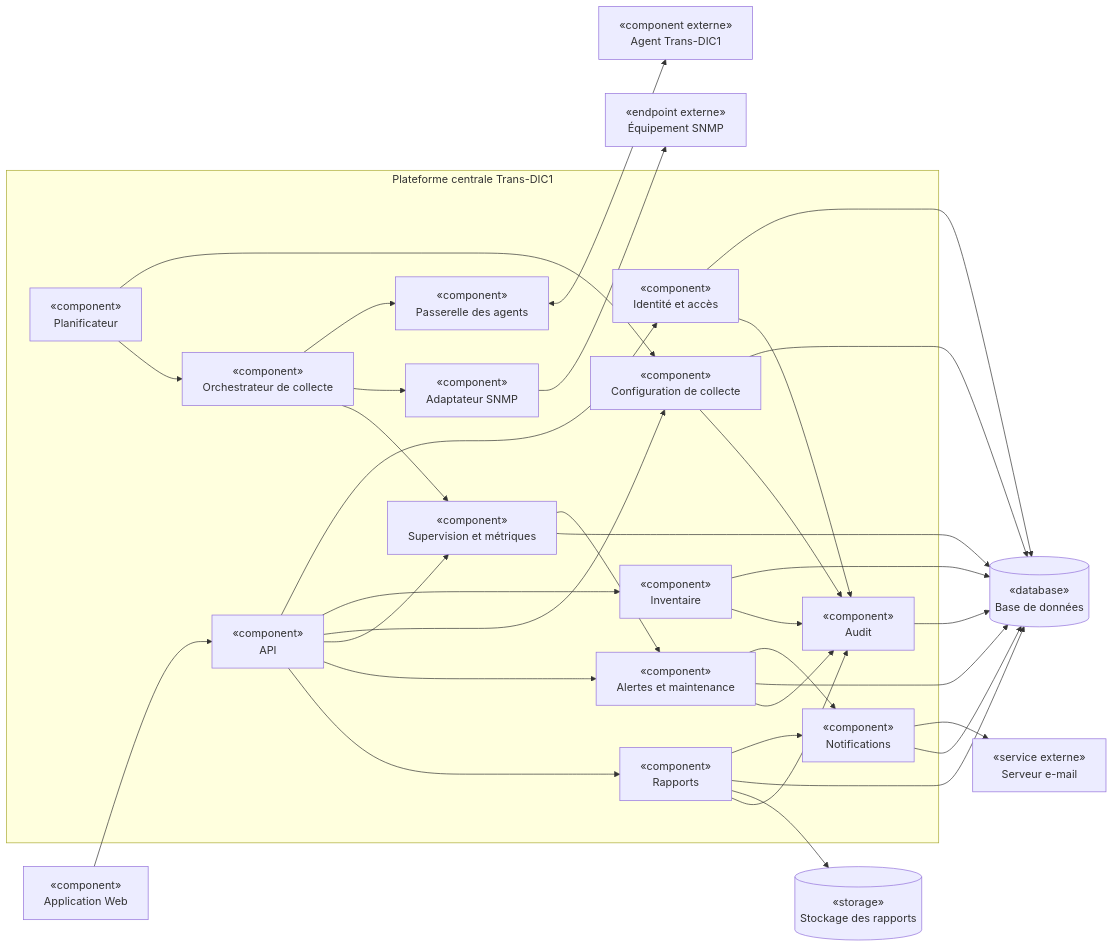
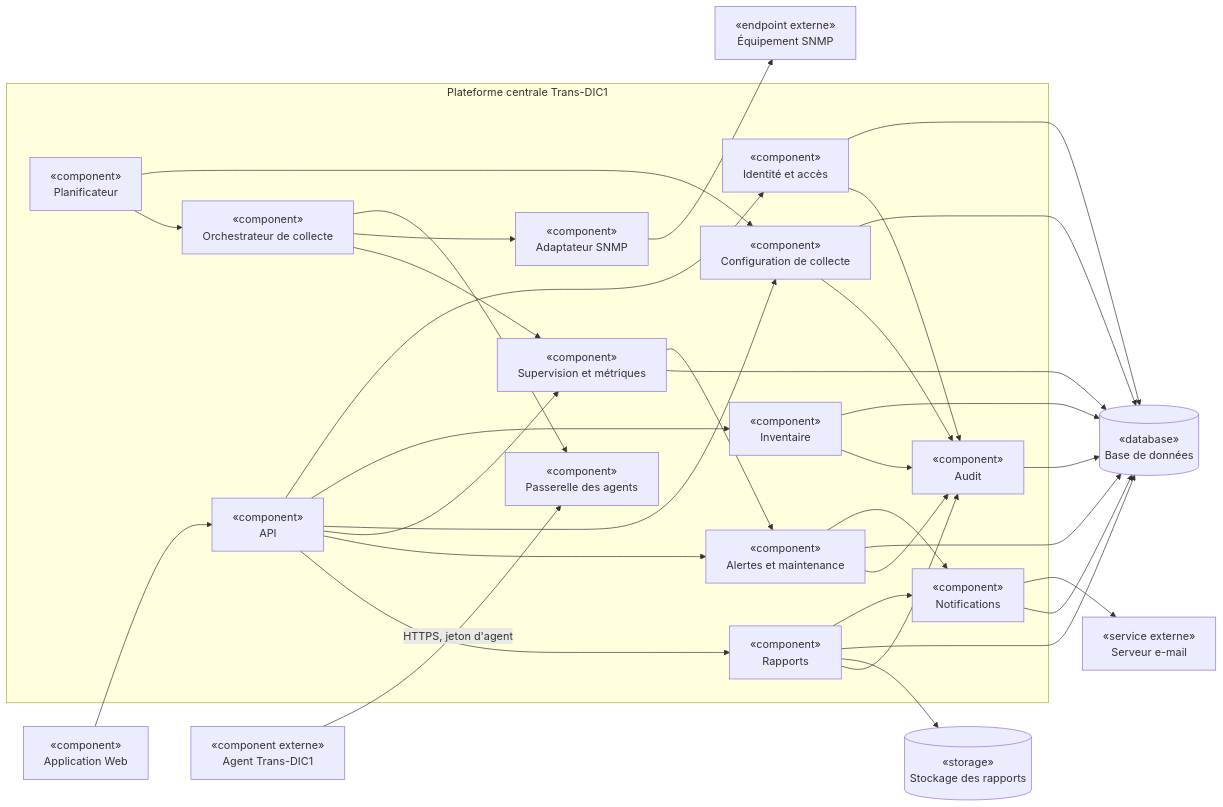
One commit to boubacarsidibe/Trans-DIC1 changed the diagram in docs/architecture/diagrams/06-components/target-components.mmd. Above: the diagram before and after it, drawn with Mermaid. The commit also changed 19 other files, not shown here.

First line of the commit message:
docs: ajouter les ADR 0002 à 0006, le dossier d'architecture et aligner les diagrammes

```diff
--- a/docs/architecture/diagrams/06-components/target-components.mmd
+++ b/docs/architecture/diagrams/06-components/target-components.mmd
@@ -1,57 +1,57 @@
 flowchart LR
     WEB["«component»<br/>Application Web"]
 
     subgraph BACKEND["Plateforme centrale Trans-DIC1"]
         API["«component»<br/>API"]
         AUTH["«component»<br/>Identité et accès"]
         INVENTORY["«component»<br/>Inventaire"]
         CONFIG["«component»<br/>Configuration de collecte"]
         MONITORING["«component»<br/>Supervision et métriques"]
         ALERTS["«component»<br/>Alertes et maintenance"]
         REPORTS["«component»<br/>Rapports"]
         NOTIFICATIONS["«component»<br/>Notifications"]
         AUDIT["«component»<br/>Audit"]
         SCHEDULER["«component»<br/>Planificateur"]
         COLLECTOR["«component»<br/>Orchestrateur de collecte"]
         SNMP_ADAPTER["«component»<br/>Adaptateur SNMP"]
         AGENT_API["«component»<br/>Passerelle des agents"]
     end
 
     AGENT["«component externe»<br/>Agent Trans-DIC1"]
     SNMP_DEVICE["«endpoint externe»<br/>Équipement SNMP"]
     SMTP["«service externe»<br/>Serveur e-mail"]
     DATABASE[("«database»<br/>Base de données")]
     FILES[("«storage»<br/>Stockage des rapports")]
 
     WEB --> API
     API --> AUTH
     API --> INVENTORY
     API --> CONFIG
     API --> MONITORING
     API --> ALERTS
     API --> REPORTS
     SCHEDULER --> CONFIG
     SCHEDULER --> COLLECTOR
     COLLECTOR --> AGENT_API
     COLLECTOR --> SNMP_ADAPTER
-    AGENT_API <--> AGENT
+    AGENT -->|HTTPS, jeton d'agent| AGENT_API
     SNMP_ADAPTER --> SNMP_DEVICE
     COLLECTOR --> MONITORING
     MONITORING --> ALERTS
     ALERTS --> NOTIFICATIONS
     REPORTS --> NOTIFICATIONS
     NOTIFICATIONS --> SMTP
     AUTH --> DATABASE
     INVENTORY --> DATABASE
     CONFIG --> DATABASE
     MONITORING --> DATABASE
     ALERTS --> DATABASE
     REPORTS --> DATABASE
     NOTIFICATIONS --> DATABASE
     AUDIT --> DATABASE
     REPORTS --> FILES
     AUTH --> AUDIT
     INVENTORY --> AUDIT
     CONFIG --> AUDIT
     ALERTS --> AUDIT
     REPORTS --> AUDIT
```
